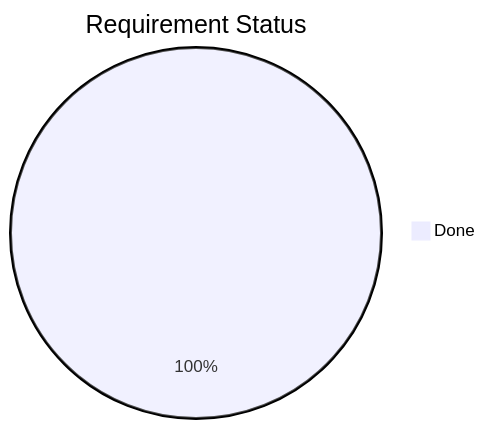
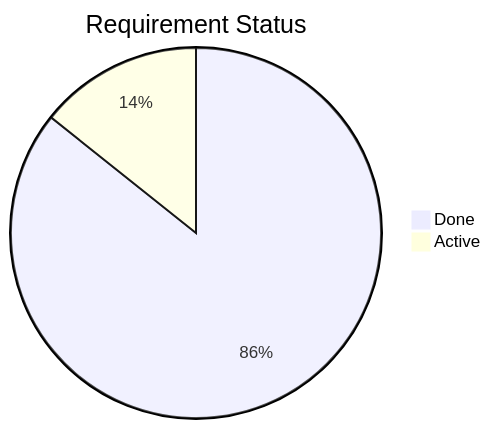
The first of 2 diagrams in .dev/blueprint.md (Hunter-Leo/clawd-relay), drawn with Mermaid before and after one commit. The commit also changed other lines of this file and 10 other files, not shown here.

````diff
--- a/.dev/blueprint.md
+++ b/.dev/blueprint.md
@@ -7,4 +7,5 @@
 ```mermaid
 pie title Requirement Status
     "Done" : 6
+    "Active" : 1
 ```
````
